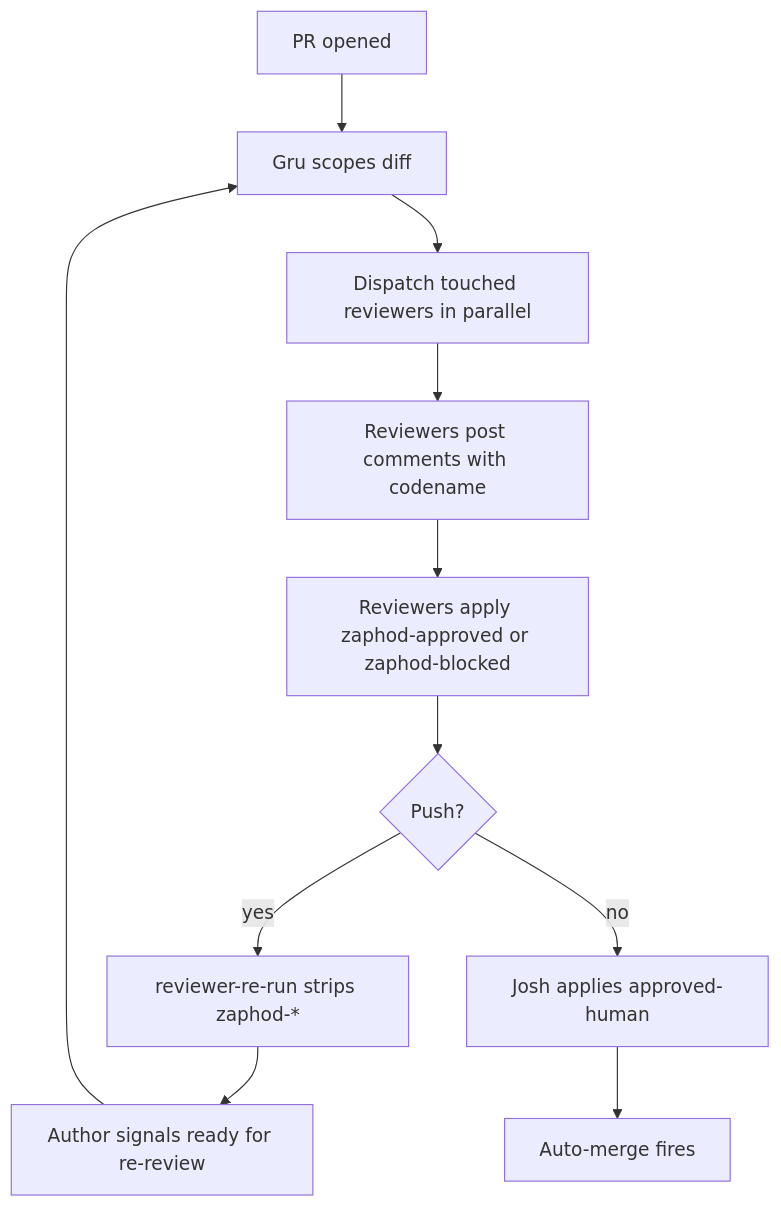
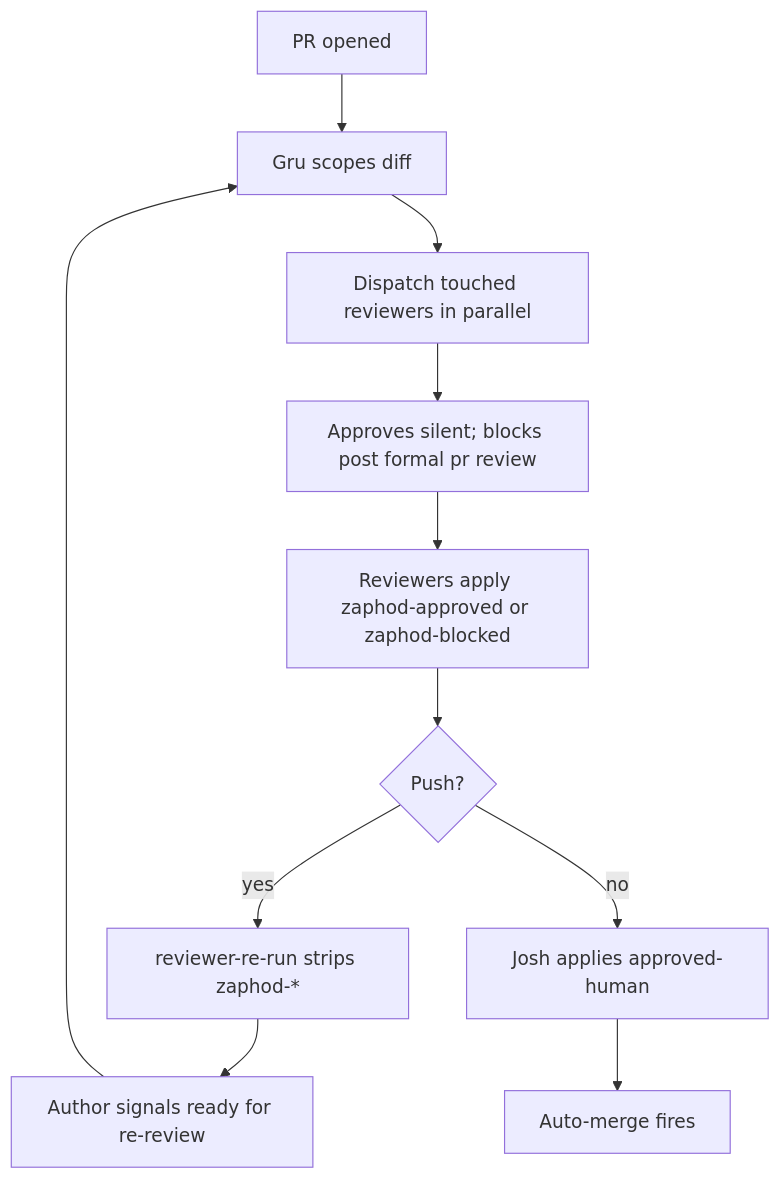
Before and after one commit to shuck-dev/volley: the first of 2 diagrams in ai/swarm/README.md, drawn with Mermaid. The commit also changed other lines of this file and 11 other files, not shown here.

First line of the commit message:
docs(SH-227): reviewer approves silent, blocks via pr review [phleg]

````diff
--- a/ai/swarm/README.md
+++ b/ai/swarm/README.md
@@ -195,13 +195,13 @@
 ```mermaid
 flowchart TD
     Open[PR opened] --> Scope[Gru scopes diff]
     Scope --> Fanout[Dispatch touched reviewers in parallel]
-    Fanout --> Verdicts[Reviewers post comments with codename]
+    Fanout --> Verdicts[Approves silent; blocks post formal pr review]
     Verdicts --> Labels[Reviewers apply zaphod-approved or zaphod-blocked]
     Labels --> Wait{Push?}
     Wait -- yes --> Strip[reviewer-re-run strips zaphod-*]
     Strip --> ReadyAgain[Author signals ready for re-review]
     ReadyAgain --> Scope
     Wait -- no --> Josh[Josh applies approved-human]
     Josh --> AutoMerge[Auto-merge fires]
 ```
````
